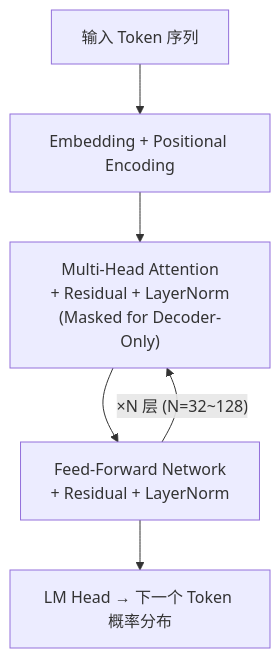
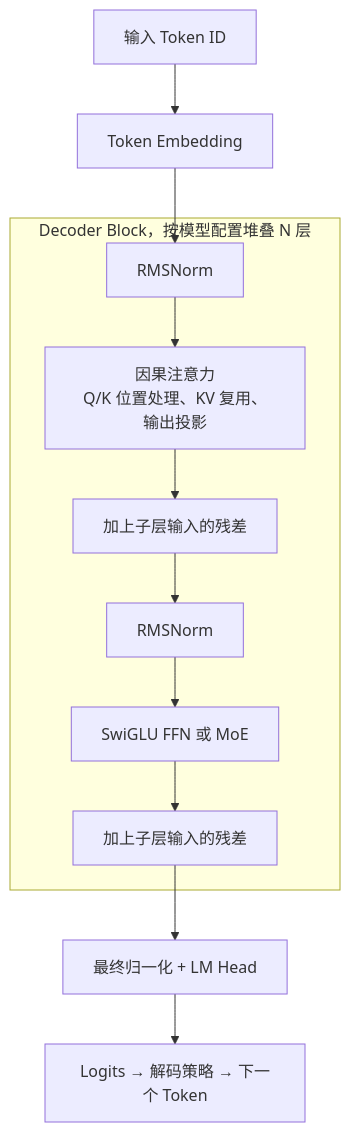
The diagram in docs/ai-technology/llm-fundamentals.md (liukun2634/dev-interview-guide), drawn with Mermaid before and after one commit. The commit also changed other lines of this file and 3 other files, not shown here.

````diff
--- a/docs/ai-technology/llm-fundamentals.md
+++ b/docs/ai-technology/llm-fundamentals.md
@@ -122,8 +172,14 @@
 ```mermaid
 graph TD
-    A["输入 Token 序列"] --> B["Embedding + Positional Encoding"]
-    B --> C["Multi-Head Attention<br/>+ Residual + LayerNorm<br/>(Masked for Decoder-Only)"]
-    C --> D["Feed-Forward Network<br/>+ Residual + LayerNorm"]
-    D -->|"×N 层 (N=32~128)"| C
-    D --> E["LM Head → 下一个 Token 概率分布"]
+  A["输入 Token ID"] --> B["Token Embedding"]
+  subgraph BLOCK["Decoder Block，按模型配置堆叠 N 层"]
+    C["RMSNorm"] --> D["因果注意力<br/>Q/K 位置处理、KV 复用、输出投影"]
+    D --> E["加上子层输入的残差"]
+    E --> F["RMSNorm"]
+    F --> G["SwiGLU FFN 或 MoE"]
+    G --> H["加上子层输入的残差"]
+  end
+  B --> C
+  H --> I["最终归一化 + LM Head"]
+  I --> J["Logits → 解码策略 → 下一个 Token"]
 ```
````
